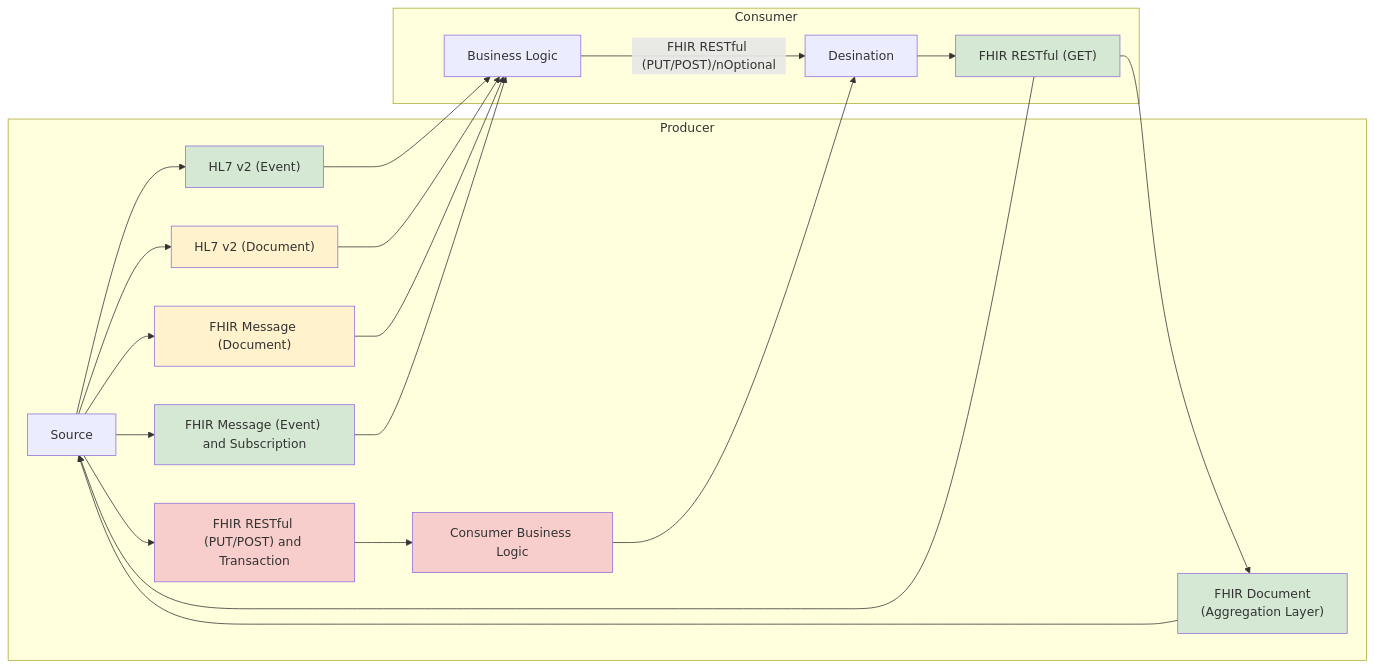
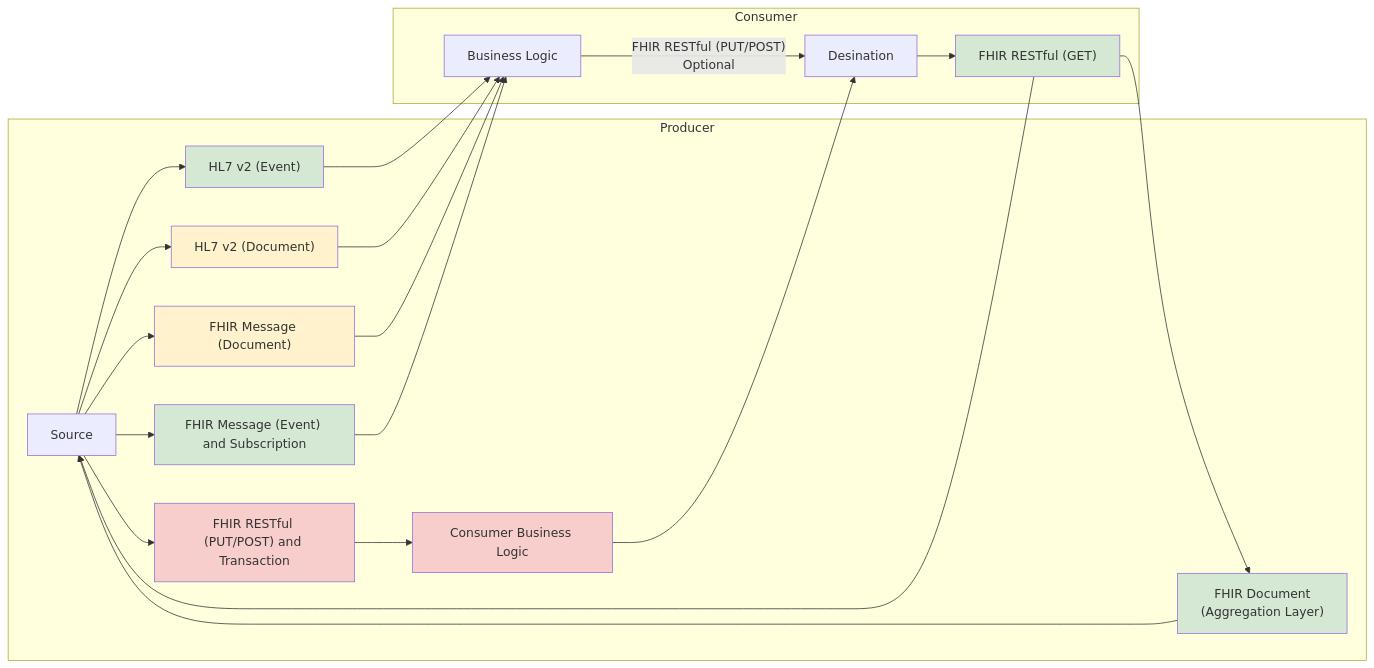
One commit to uk-gov-mirror/nw-gmsa.nw-gmsa.github.com changed the diagram in input/pagecontent/exchange.md. Above: the diagram before and after it, drawn with Mermaid.

Commit message:
Specimen

````diff
--- a/input/pagecontent/exchange.md
+++ b/input/pagecontent/exchange.md
@@ -1,42 +1,42 @@
 ```mermaid
 graph LR;
 
 subgraph Producer;
     s[Source]
     s --> v2E
     s --> v2D
     v2E["HL7 v2 (Event)"]
     v2D["HL7 v2 (Document)"]
     s --> fMessage["FHIR Message (Document)"]
     s --> fEvent["FHIR Message (Event) and Subscription"]
     s --> rest["FHIR RESTful (PUT/POST) and Transaction"]
     rB[Consumer Business Logic]
 
     rest --> rB
-    Agg["FHIR Document\n(Aggregation Layer)"]
+    Agg["FHIR Document<br/>(Aggregation Layer)"]
     Agg --> s
 end 
 
 subgraph Consumer
     B[Business Logic]
     d[Desination]
-    B --> |"FHIR RESTful (PUT/POST)/nOptional"| d
+    B --> |"FHIR RESTful (PUT/POST)<br/>Optional"| d
     d --> restC["FHIR RESTful (GET)"]
 end 
 
 v2E --> B
 v2D --> B
 fMessage --> B
 fEvent --> B
 rB --> d
 restC --> s
 restC --> Agg
 
 classDef pink fill:#F8CECC
 classDef green fill:#D5E8D4;
 classDef yellow fill:#FFF2CC;
 
 class restC,v2E,fEvent,Agg green
 class rest,rB pink
 class v2D,fMessage yellow
 ```
````
